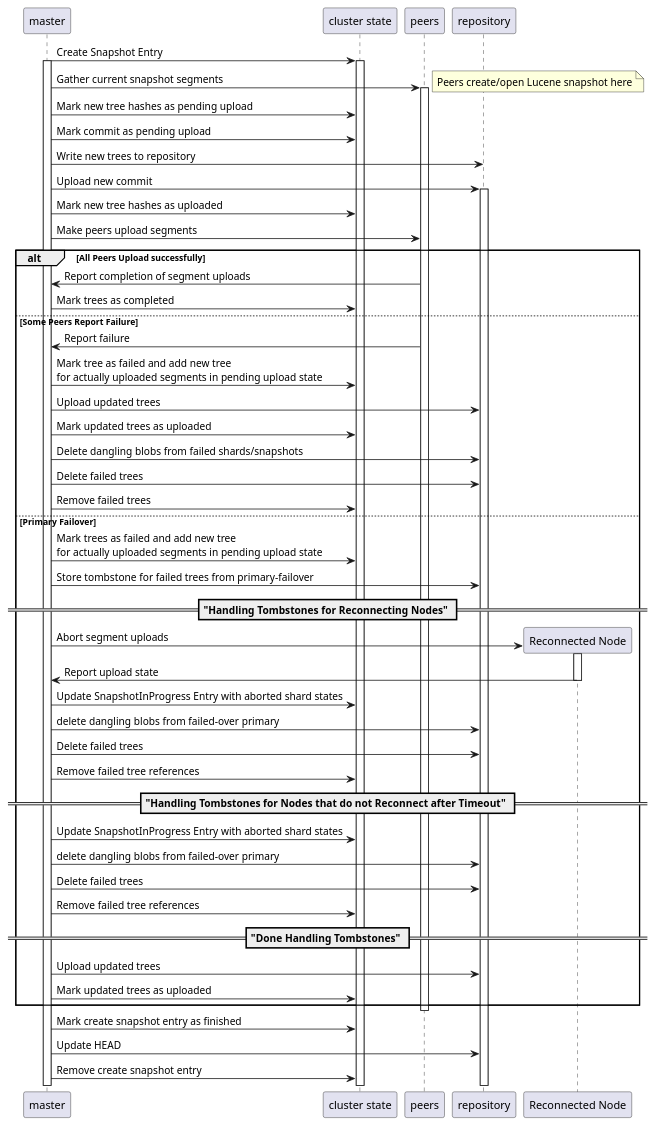
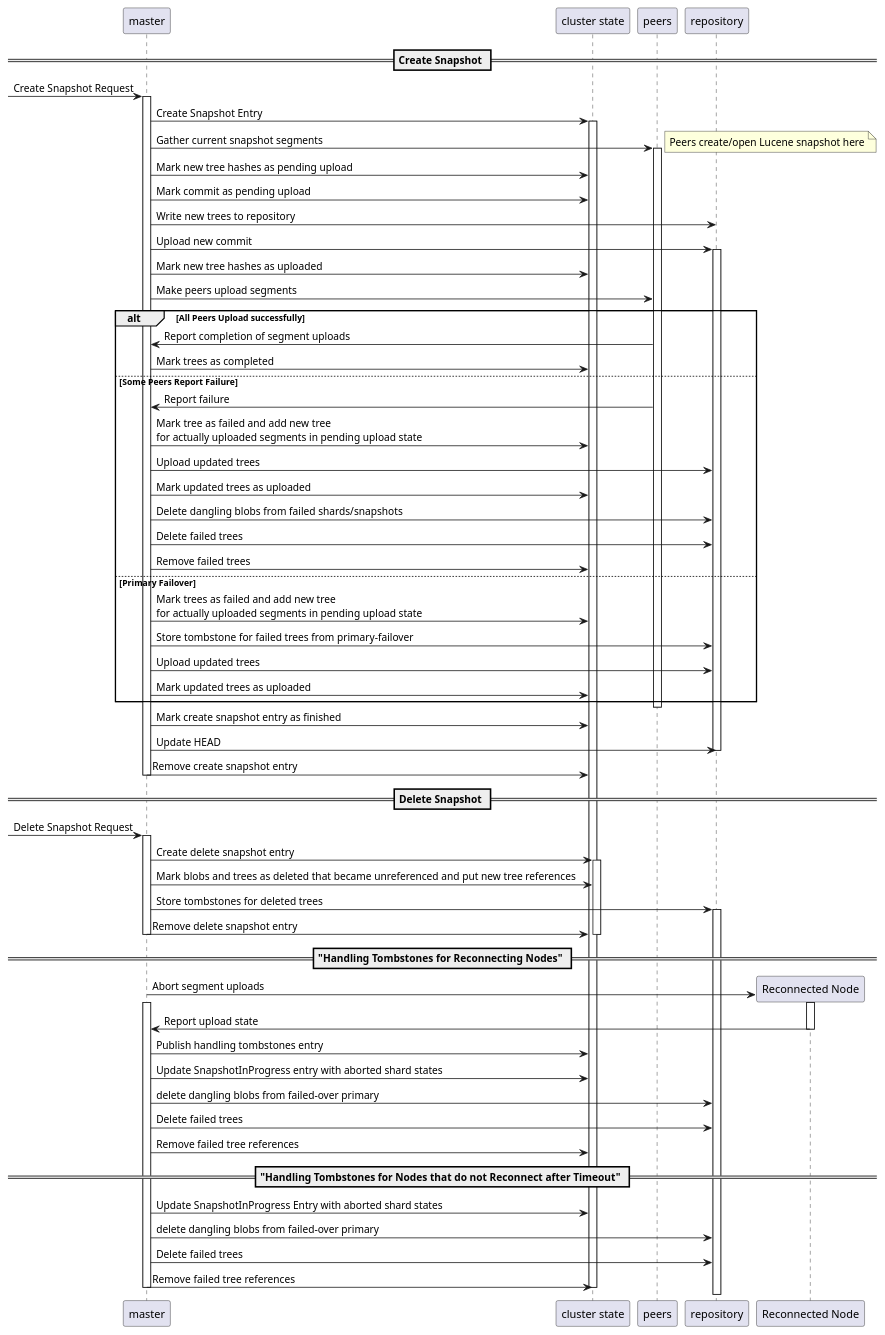
One commit to original-brownbear/elasticsearch changed the diagram in full.puml. Above: the diagram before and after it, drawn with PlantUML.

```diff
--- a/full.puml
+++ b/full.puml
@@ -1,52 +1,73 @@
 @startuml
-
+== Create Snapshot ==
+[-> master: Create Snapshot Request
+activate master
 master -> "cluster state": Create Snapshot Entry
-activate master
 activate "cluster state"
 master -> peers: Gather current snapshot segments
 activate peers
 note right: Peers create/open Lucene snapshot here
 master -> "cluster state": Mark new tree hashes as pending upload
 master -> "cluster state": Mark commit as pending upload
 master -> repository: Write new trees to repository
 master -> repository: Upload new commit
 activate repository
 master -> "cluster state": Mark new tree hashes as uploaded
 master -> peers: Make peers upload segments
 alt All Peers Upload successfully
     master <- peers: Report completion of segment uploads
     master -> "cluster state": Mark trees as completed
 else Some Peers Report Failure
     master <- peers: Report failure
     master -> "cluster state": Mark tree as failed and add new tree\nfor actually uploaded segments in pending upload state
     master -> repository: Upload updated trees
     master -> "cluster state": Mark updated trees as uploaded
     master -> repository: Delete dangling blobs from failed shards/snapshots
     master -> repository: Delete failed trees
     master -> "cluster state": Remove failed trees
 else Primary Failover
-     master -> "cluster state": Mark trees as failed and add new tree\nfor actually uploaded segments in pending upload state
-     master -> repository: Store tombstone for failed trees from primary-failover
-     == "Handling Tombstones for Reconnecting Nodes" ==
-        master -> "Reconnected Node" **: Abort segment uploads
-        activate "Reconnected Node"
-        master <- "Reconnected Node" --: Report upload state
-        master -> "cluster state": Update SnapshotInProgress Entry with aborted shard states
-        master -> repository: delete dangling blobs from failed-over primary
-        master -> repository: Delete failed trees
-        master -> "cluster state": Remove failed tree references
-     == "Handling Tombstones for Nodes that do not Reconnect after Timeout" ==
-        master -> "cluster state": Update SnapshotInProgress Entry with aborted shard states
-        master -> repository: delete dangling blobs from failed-over primary
-        master -> repository: Delete failed trees
-        master -> "cluster state": Remove failed tree references
-     == "Done Handling Tombstones" ==
-     master -> repository: Upload updated trees
-     master -> "cluster state": Mark updated trees as uploaded
+    master -> "cluster state": Mark trees as failed and add new tree\nfor actually uploaded segments in pending upload state
+    master -> repository: Store tombstone for failed trees from primary-failover
+    master -> repository: Upload updated trees
+    master -> "cluster state": Mark updated trees as uploaded
 end
 deactivate peers
 master -> "cluster state": Mark create snapshot entry as finished
 master -> repository: Update HEAD
+deactivate repository
 master -> "cluster state": Remove create snapshot entry
 
+deactivate master
+
+== Delete Snapshot ==
+[-> master: Delete Snapshot Request
+activate master
+master -> "cluster state": Create delete snapshot entry
+activate "cluster state"
+master -> "cluster state": Mark blobs and trees as deleted that became unreferenced and put new tree references
+master -> "repository": Store tombstones for deleted trees
+activate repository
+
+master -> "cluster state": Remove delete snapshot entry
+deactivate master
+deactivate "cluster state"
+== "Handling Tombstones for Reconnecting Nodes" ==
+master -> "Reconnected Node" **: Abort segment uploads
+activate master
+activate "Reconnected Node"
+master <- "Reconnected Node" --: Report upload state
+master -> "cluster state": Publish handling tombstones entry
+master -> "cluster state": Update SnapshotInProgress entry with aborted shard states
+master -> repository: delete dangling blobs from failed-over primary
+master -> repository: Delete failed trees
+master -> "cluster state": Remove failed tree references
+
+== "Handling Tombstones for Nodes that do not Reconnect after Timeout" ==
+
+master -> "cluster state": Update SnapshotInProgress Entry with aborted shard states
+master -> repository: delete dangling blobs from failed-over primary
+master -> repository: Delete failed trees
+master -> "cluster state": Remove failed tree references
+deactivate master
+deactivate "cluster state"
 @enduml
```
